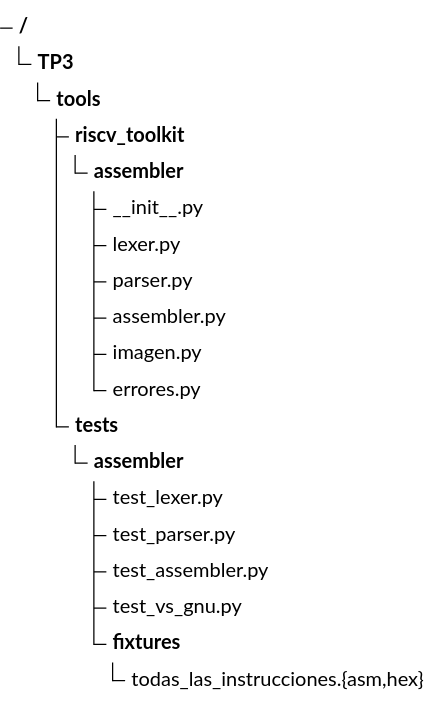
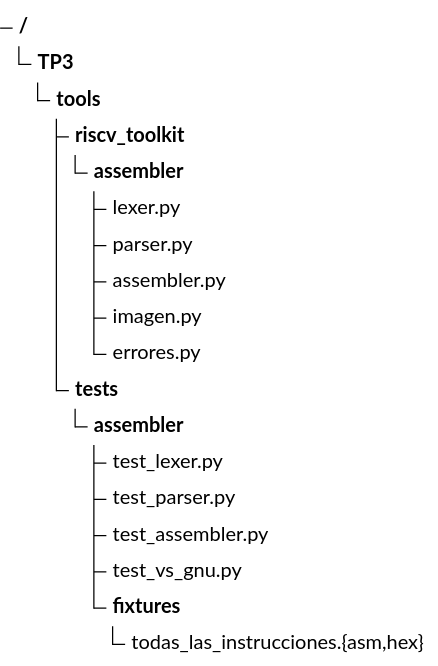
Before and after one commit to nicopinera/tps-arqui: the eighth of 47 diagrams in docs/PRD-pipeline-riscv.md, drawn with Mermaid. The commit also changed other lines of this file and 15 other files, not shown here.

````diff
--- a/docs/PRD-pipeline-riscv.md
+++ b/docs/PRD-pipeline-riscv.md
@@ -702,21 +741,20 @@
 ```mermaid
 treeView-beta
     "TP3/"
         "tools/"
             "riscv_toolkit/"
                 "assembler/"
-                    "__init__.py"
                     "lexer.py"
                     "parser.py"
                     "assembler.py"
                     "imagen.py"
                     "errores.py"
             "tests/"
                 "assembler/"
                     "test_lexer.py"
                     "test_parser.py"
                     "test_assembler.py"
                     "test_vs_gnu.py"
                     "fixtures/"
                         "todas_las_instrucciones.{asm,hex}"
 ```
````
